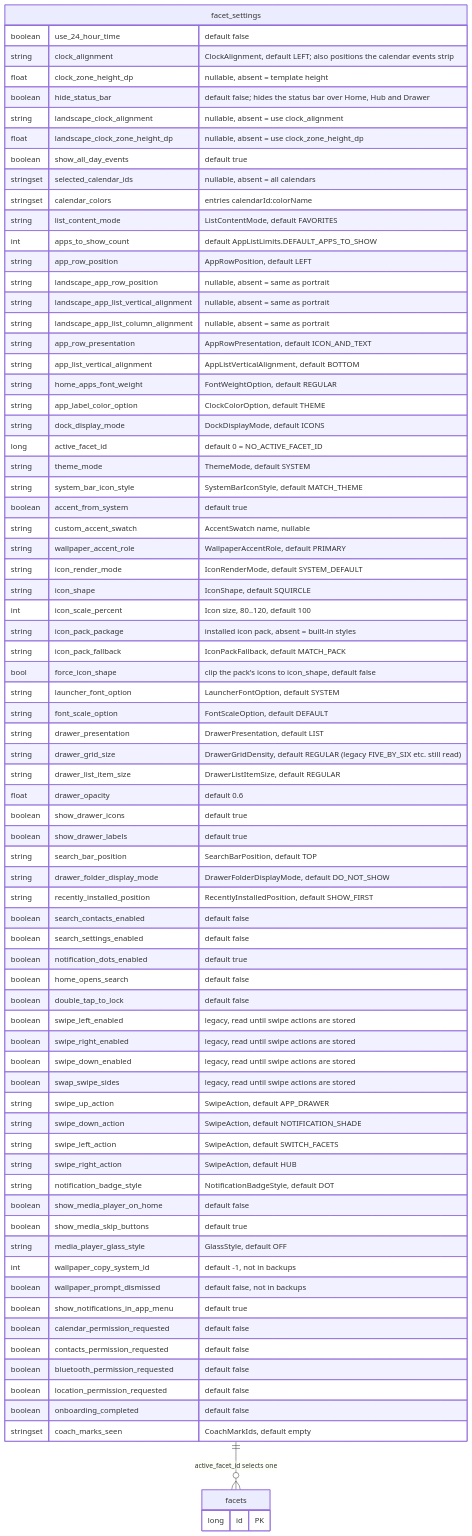
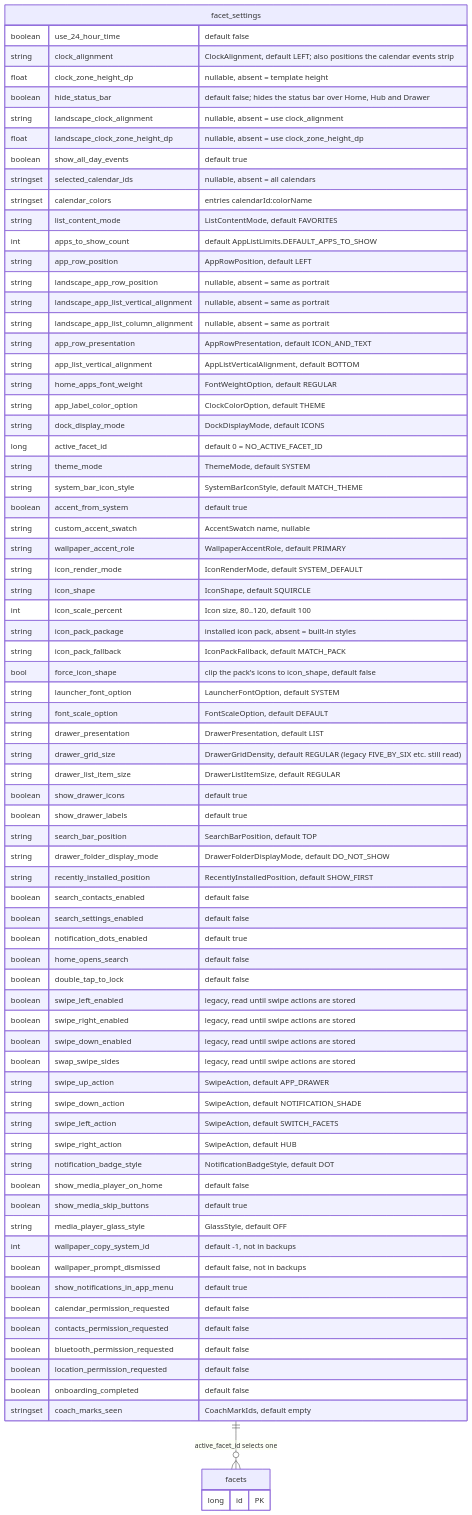
One commit to rohitganjam/facet-launcher changed the third of 3 diagrams in docs/architecture/02-persistence-room.md. Above: the diagram before and after it, drawn with Mermaid. The commit also changed other lines of this file and 29 other files, not shown here.

````diff
--- a/docs/architecture/02-persistence-room.md
+++ b/docs/architecture/02-persistence-room.md
@@ -480,80 +480,79 @@
 ```mermaid
 erDiagram
     facet_settings {
         boolean use_24_hour_time "default false"
         string clock_alignment "ClockAlignment, default LEFT; also positions the calendar events strip"
         float clock_zone_height_dp "nullable, absent = template height"
         boolean hide_status_bar "default false; hides the status bar over Home, Hub and Drawer"
         string landscape_clock_alignment "nullable, absent = use clock_alignment"
         float landscape_clock_zone_height_dp "nullable, absent = use clock_zone_height_dp"
         boolean show_all_day_events "default true"
         stringset selected_calendar_ids "nullable, absent = all calendars"
         stringset calendar_colors "entries calendarId:colorName"
         string list_content_mode "ListContentMode, default FAVORITES"
         int apps_to_show_count "default AppListLimits.DEFAULT_APPS_TO_SHOW"
         string app_row_position "AppRowPosition, default LEFT"
         string landscape_app_row_position "nullable, absent = same as portrait"
         string landscape_app_list_vertical_alignment "nullable, absent = same as portrait"
         string landscape_app_list_column_alignment "nullable, absent = same as portrait"
         string app_row_presentation "AppRowPresentation, default ICON_AND_TEXT"
         string app_list_vertical_alignment "AppListVerticalAlignment, default BOTTOM"
         string home_apps_font_weight "FontWeightOption, default REGULAR"
         string app_label_color_option "ClockColorOption, default THEME"
         string dock_display_mode "DockDisplayMode, default ICONS"
         long active_facet_id "default 0 = NO_ACTIVE_FACET_ID"
         string theme_mode "ThemeMode, default SYSTEM"
         string system_bar_icon_style "SystemBarIconStyle, default MATCH_THEME"
         boolean accent_from_system "default true"
         string custom_accent_swatch "AccentSwatch name, nullable"
         string wallpaper_accent_role "WallpaperAccentRole, default PRIMARY"
         string icon_render_mode "IconRenderMode, default SYSTEM_DEFAULT"
         string icon_shape "IconShape, default SQUIRCLE"
         int icon_scale_percent "Icon size, 80..120, default 100"
         string icon_pack_package "installed icon pack, absent = built-in styles"
         string icon_pack_fallback "IconPackFallback, default MATCH_PACK"
         bool force_icon_shape "clip the pack's icons to icon_shape, default false"
         string launcher_font_option "LauncherFontOption, default SYSTEM"
         string font_scale_option "FontScaleOption, default DEFAULT"
         string drawer_presentation "DrawerPresentation, default LIST"
         string drawer_grid_size "DrawerGridDensity, default REGULAR (legacy FIVE_BY_SIX etc. still read)"
         string drawer_list_item_size "DrawerListItemSize, default REGULAR"
-        float drawer_opacity "default 0.6"
         boolean show_drawer_icons "default true"
         boolean show_drawer_labels "default true"
         string search_bar_position "SearchBarPosition, default TOP"
         string drawer_folder_display_mode "DrawerFolderDisplayMode, default DO_NOT_SHOW"
         string recently_installed_position "RecentlyInstalledPosition, default SHOW_FIRST"
         boolean search_contacts_enabled "default false"
         boolean search_settings_enabled "default false"
         boolean notification_dots_enabled "default true"
         boolean home_opens_search "default false"
         boolean double_tap_to_lock "default false"
         boolean swipe_left_enabled "legacy, read until swipe actions are stored"
         boolean swipe_right_enabled "legacy, read until swipe actions are stored"
         boolean swipe_down_enabled "legacy, read until swipe actions are stored"
         boolean swap_swipe_sides "legacy, read until swipe actions are stored"
         string swipe_up_action "SwipeAction, default APP_DRAWER"
         string swipe_down_action "SwipeAction, default NOTIFICATION_SHADE"
         string swipe_left_action "SwipeAction, default SWITCH_FACETS"
         string swipe_right_action "SwipeAction, default HUB"
         string notification_badge_style "NotificationBadgeStyle, default DOT"
         boolean show_media_player_on_home "default false"
         boolean show_media_skip_buttons "default true"
         string media_player_glass_style "GlassStyle, default OFF"
         int wallpaper_copy_system_id "default -1, not in backups"
         boolean wallpaper_prompt_dismissed "default false, not in backups"
         boolean show_notifications_in_app_menu "default true"
         boolean calendar_permission_requested "default false"
         boolean contacts_permission_requested "default false"
         boolean bluetooth_permission_requested "default false"
         boolean location_permission_requested "default false"
         boolean onboarding_completed "default false"
         stringset coach_marks_seen "CoachMarkIds, default empty"
     }
 
     facets {
         long id PK
     }
 
     facet_settings ||--o{ facets : "active_facet_id selects one"
 ```
````
